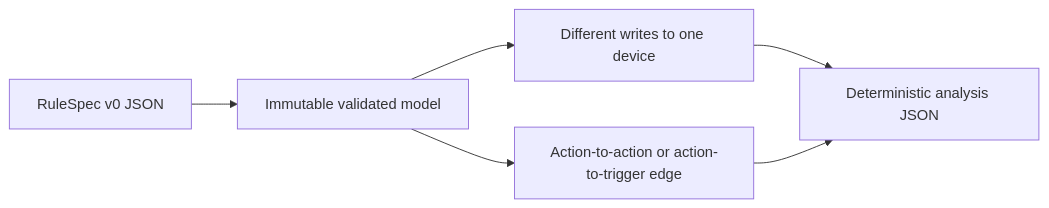
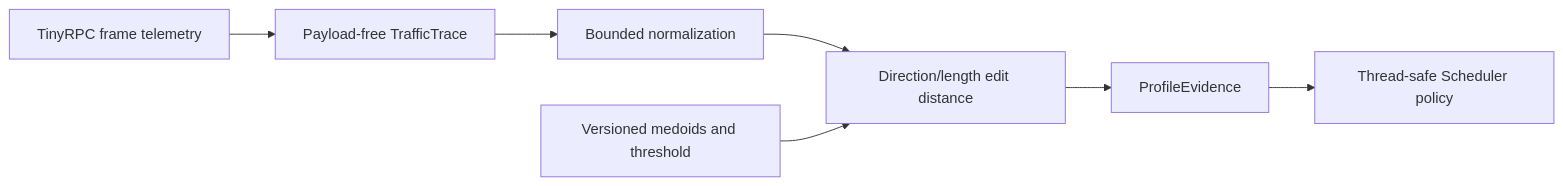
One commit to David-Lee-11101/IoT-Event-Detector changed the diagram in README.md. Above: the diagram before and after it, drawn with Mermaid. The commit also changed other lines of this file and 85 other files, not shown here.

Commit message:
Build deterministic RPC traffic profiling

````diff
--- a/README.md
+++ b/README.md
@@ -18,8 +9,9 @@
 ```mermaid
 flowchart LR
-    Fixture[RuleSpec v0 JSON] --> Validation[Immutable validated model]
-    Validation --> Conflict[Different writes to one device]
-    Validation --> Dependency[Action-to-action or action-to-trigger edge]
-    Conflict --> JSON[Deterministic analysis JSON]
-    Dependency --> JSON
+    RPC[TinyRPC frame telemetry] --> Trace[Payload-free TrafficTrace]
+    Trace --> Normalize[Bounded normalization]
+    Normalize --> Distance[Direction/length edit distance]
+    Model[Versioned medoids and threshold] --> Distance
+    Distance --> Evidence[ProfileEvidence]
+    Evidence --> Policy[Thread-safe Scheduler policy]
 ```
````
